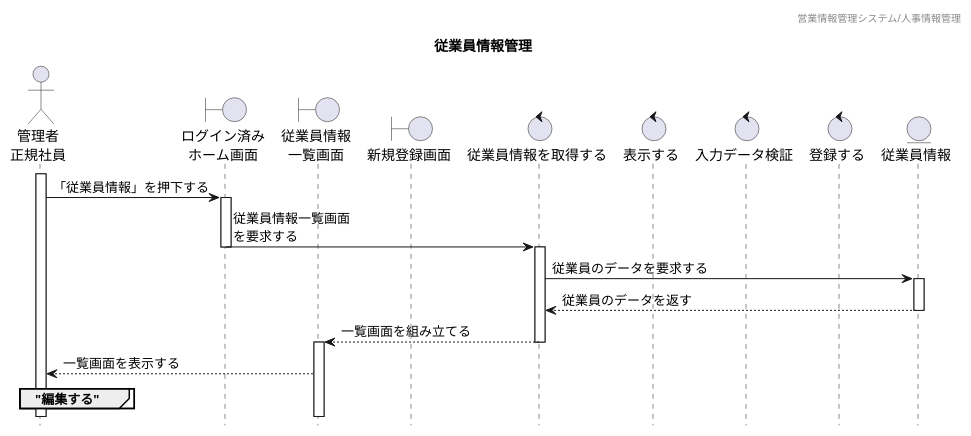
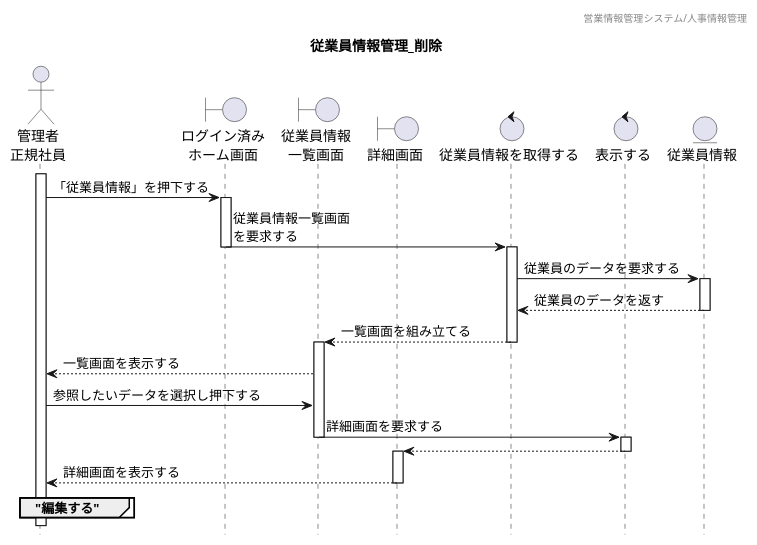
The diagram in 各種設計書/4シーケンス図/3.管理者-人事_編集.plantuml (HaruShim/Sotuken), drawn with PlantUML before and after one commit. The commit also changed 5 other files, not shown here.

```diff
--- a/各種設計書/4シーケンス図/3.管理者-人事_編集.plantuml
+++ b/各種設計書/4シーケンス図/3.管理者-人事_編集.plantuml
@@ -1,49 +1,59 @@
 @startuml シーケンス図
 ' 下アイコン除去
 hide footbox
 ' ヘッダー
 header 営業情報管理システム/人事情報管理
 ' タイトル
-title 従業員情報管理
+title 従業員情報管理_削除
 
 
 ' アイコン
 actor "管理者\n正規社員" as Act
 boundary "ログイン済み\nホーム画面" as HomeSc
 boundary "従業員情報\n一覧画面" as StaffListSc
-boundary "新規登録画面" as RegiSc
+boundary "詳細画面" as StaffSc
 control "従業員情報を取得する" as StaffCl
 control "表示する" as ScCl
-control "入力データ検証" as JudgeCl
-control "登録する" as RegiCl
 entity "従業員情報" as StaffDB
 
 
 
 ' ログイン済みホーム画面から一覧表示までのシーケンス
 activate Act
 Act -> HomeSc : 「従業員情報」を押下する
 activate HomeSc
 HomeSc -> StaffCl : 従業員情報一覧画面\nを要求する
 deactivate
 activate StaffCl
 
 StaffCl -> StaffDB : 従業員のデータを要求する
 activate StaffDB
 StaffCl <-- StaffDB : 従業員のデータを返す
 deactivate
 StaffListSc <-- StaffCl : 一覧画面を組み立てる
 deactivate
 activate StaffListSc
 Act <-- StaffListSc : 一覧画面を表示する
 
 
-    ' 編集シーケンス
-    group "編集する"
+' 詳細画面表示までのシーケンス
+Act -> StaffListSc : 参照したいデータを選択し押下する
+StaffListSc -> ScCl : 詳細画面を要求する
+deactivate
+activate ScCl
+StaffSc <-- ScCl
+deactivate
+activate StaffSc
+Act <-- StaffSc : 詳細画面を表示する
+deactivate
+
+
+' 従業員情報を削除するシーケンス
+group "編集する"
 
 
 
-    end
+end
 
 
 @enduml
```
